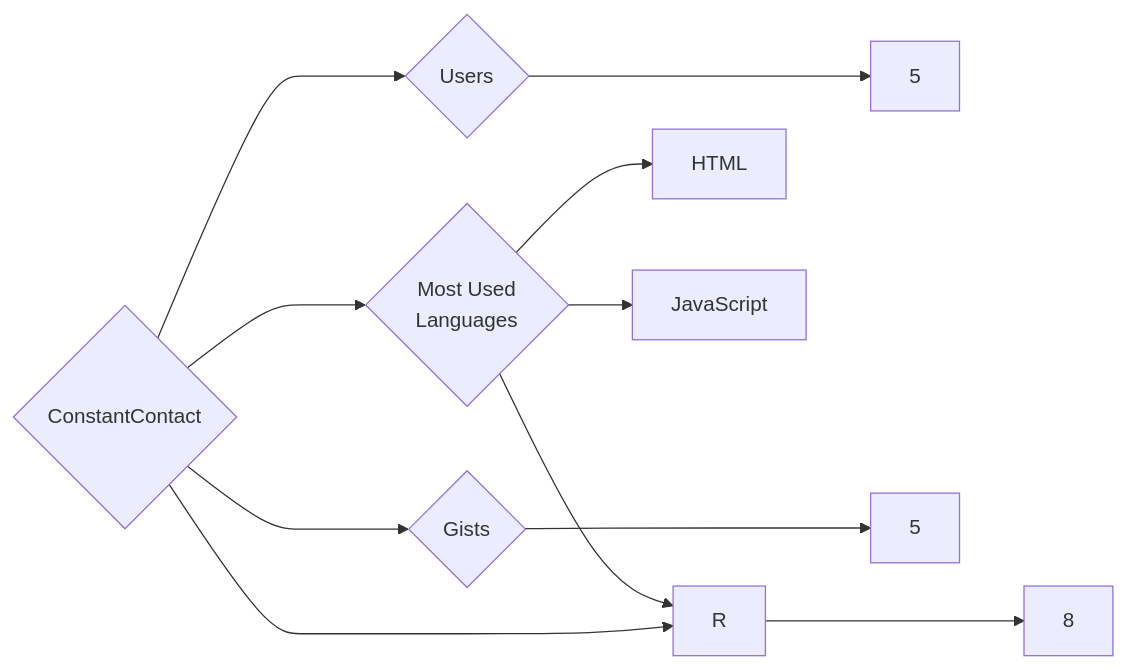
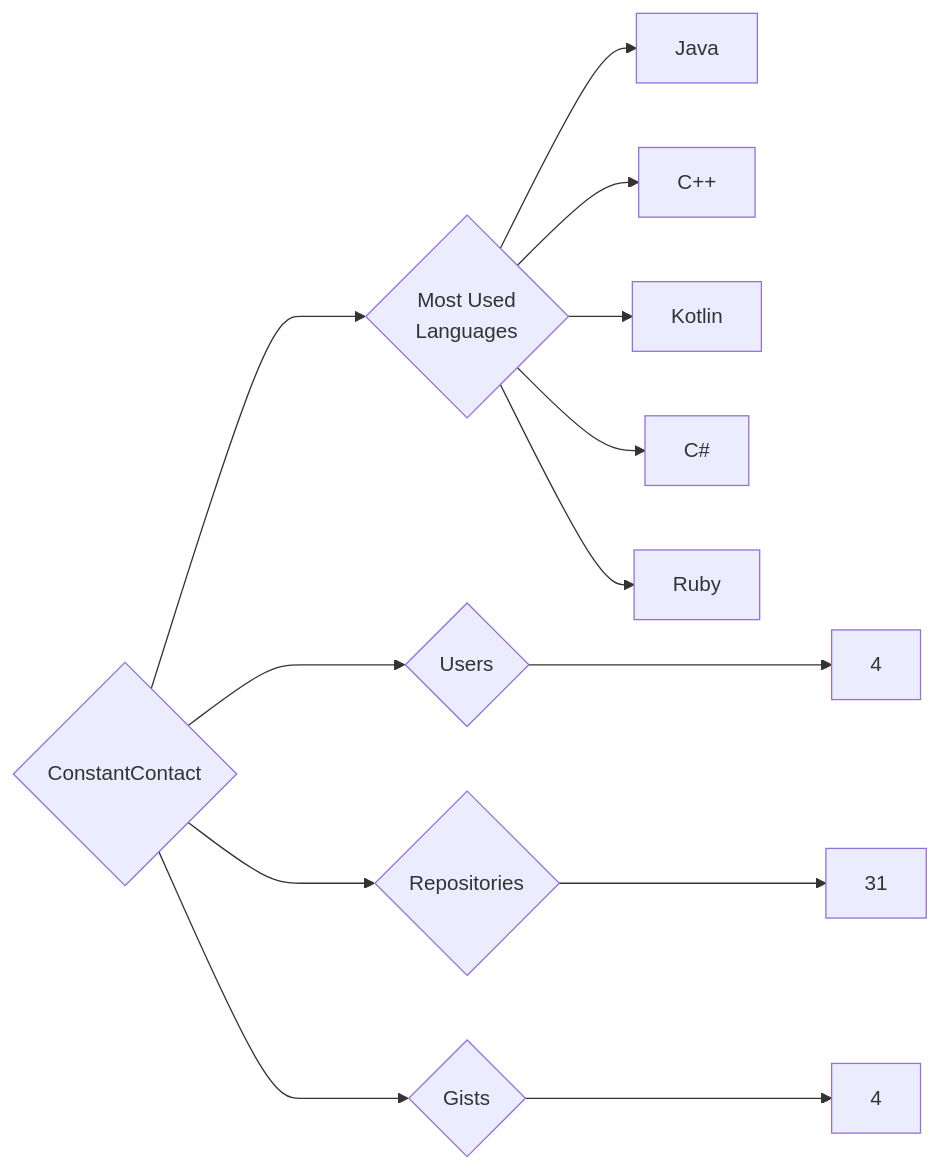
The diagram in targets/ConstantContact/README.md (trickest/insiders), drawn with Mermaid before and after one commit. The commit also changed 1055 other files, not shown here.

````diff
--- a/targets/ConstantContact/README.md
+++ b/targets/ConstantContact/README.md
@@ -3,11 +3,13 @@
 ```mermaid
 graph LR
 COMPANY_NAME{ConstantContact}
-COMPANY_NAME ---> U{Users} ---> UN[5]
-COMPANY_NAME ---> R{Repositories} ---> RN[8]
-COMPANY_NAME ---> G{Gists} ---> GN[5]
+COMPANY_NAME ---> U{Users} ---> UN[4]
+COMPANY_NAME ---> R{Repositories} ---> RN[31]
+COMPANY_NAME ---> G{Gists} ---> GN[4]
 COMPANY_NAME ---> ML{Most Used<br>Languages}
-ML --> HTML[HTML]
-ML --> R[R]
-ML --> JavaScript[JavaScript]
+ML --> Java[Java]
+ML --> C++[C++]
+ML --> Kotlin[Kotlin]
+ML --> C#[C#]
+ML --> Ruby[Ruby]
 ```
````
